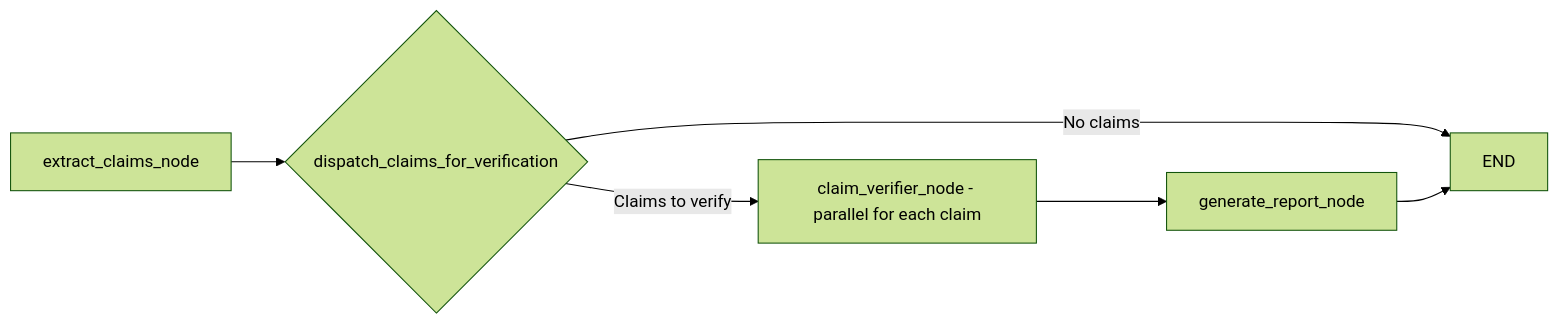
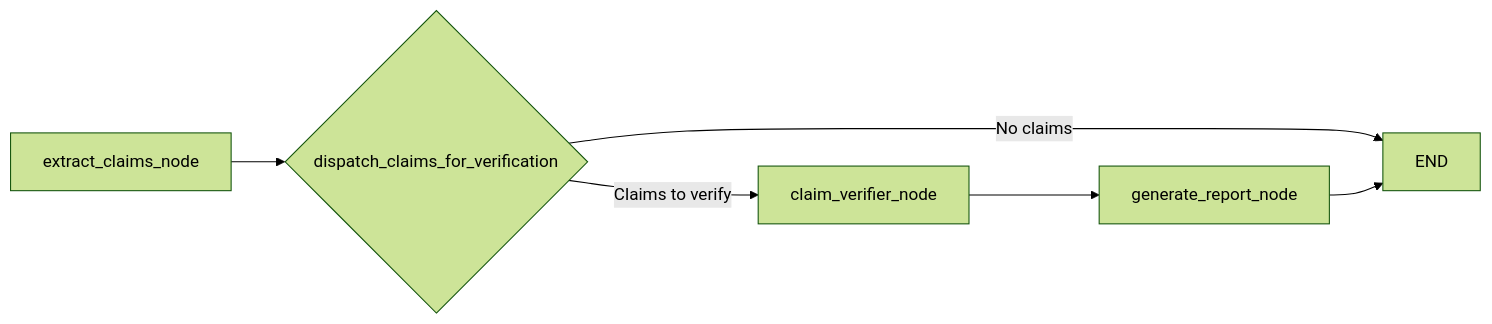
The diagram in apps/fact-checker/fact_checker/README.md (aic-factcheck/ClaimeAI), drawn with Mermaid (forest theme) before and after one commit.

````diff
--- a/apps/fact-checker/fact_checker/README.md
+++ b/apps/fact-checker/fact_checker/README.md
@@ -82,8 +82,8 @@
 ```mermaid
 graph LR
     A[extract_claims_node] --> B{dispatch_claims_for_verification}
-    B -->|Claims to verify| C[claim_verifier_node - parallel for each claim]
+    B -->|Claims to verify| C[claim_verifier_node]
     B -->|No claims| Z[END]
     C --> D[generate_report_node]
     D --> Z
 ```
````
